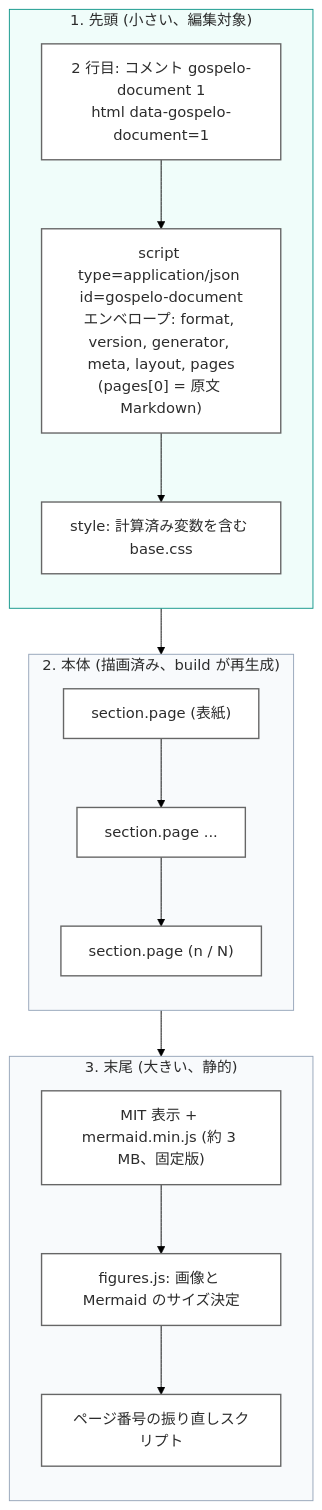
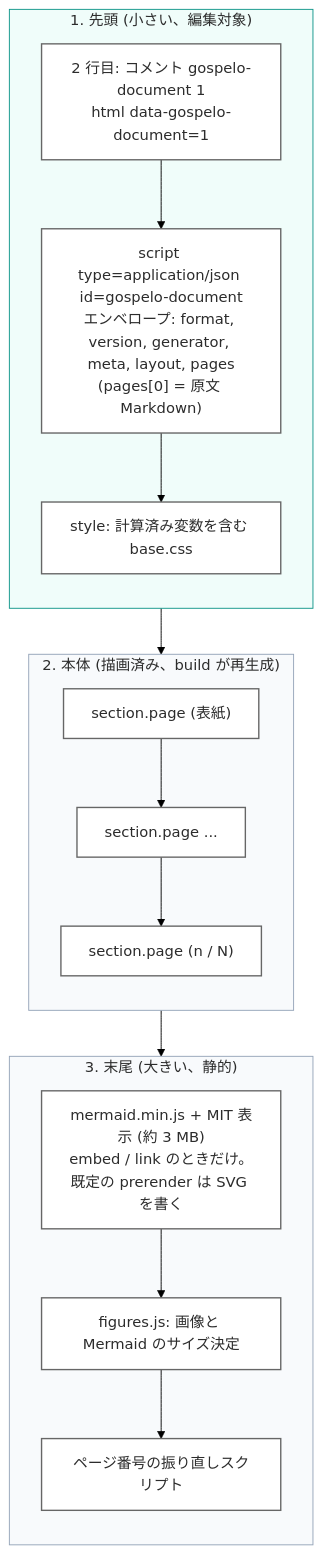
One commit to gospelo-dev/md2html changed the first of 5 diagrams in docs/ARCHITECTURE_ja.md. Above: the diagram before and after it, drawn with Mermaid (forest theme). The commit also changed other lines of this file and 17 other files, not shown here.

````diff
--- a/docs/ARCHITECTURE_ja.md
+++ b/docs/ARCHITECTURE_ja.md
@@ -21,31 +21,31 @@
 ```mermaid
 flowchart TB
     subgraph Head["1. 先頭 (小さい、編集対象)"]
         direction TB
         SIG["2 行目: コメント gospelo-document 1<br/>html data-gospelo-document=1"]
         ENV["script type=application/json id=gospelo-document<br/>エンベロープ: format, version, generator, meta, layout, pages<br/>(pages[0] = 原文 Markdown)"]
         S["style: 計算済み変数を含む base.css"]
         SIG --> ENV --> S
     end
     subgraph Body["2. 本体 (描画済み、build が再生成)"]
         direction TB
         P1["section.page (表紙)"]
         P2["section.page ..."]
         Pn["section.page (n / N)"]
         P1 --> P2 --> Pn
     end
     subgraph Tail["3. 末尾 (大きい、静的)"]
         direction TB
-        MJ["MIT 表示 + mermaid.min.js (約 3 MB、固定版)"]
+        MJ["mermaid.min.js + MIT 表示 (約 3 MB)<br/>embed / link のときだけ。既定の prerender は SVG を書く"]
         F["figures.js: 画像と Mermaid のサイズ決定"]
         N["ページ番号の振り直しスクリプト"]
         MJ --> F --> N
     end
     Head --> Body --> Tail
 
     classDef node fill:#FFFFFF,stroke:#666666,stroke-width:1.5px,color:#2C2C2C
     class SIG,ENV,S,P1,P2,Pn,F,N,MJ node
     style Head fill:#F0FDFA,stroke:#0D9488,color:#2C2C2C
     style Body fill:#F8FAFC,stroke:#94A3B8,color:#2C2C2C
     style Tail fill:#F8FAFC,stroke:#94A3B8,color:#2C2C2C
 ```
````
